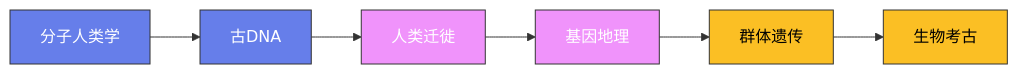
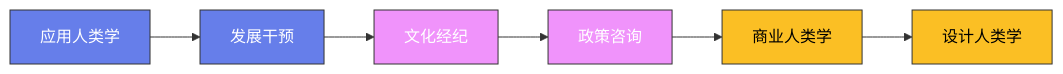
The diagram in content/posts/ModelCreate/人类学/18-人类学方法论.md (Fengur/Fengur.github.io), drawn with Mermaid before and after one commit. The commit also changed other lines of this file and 118 other files, not shown here.

````diff
--- a/content/posts/ModelCreate/人类学/18-人类学方法论.md
+++ b/content/posts/ModelCreate/人类学/18-人类学方法论.md
@@ -21,16 +20,16 @@
 ```mermaid
 graph LR
-    A["分子人类学"] --> B["古DNA"]
-    B --> C["人类迁徙"]
-    C --> D["基因地理"]
-    D --> E["群体遗传"]
-    E --> F["生物考古"]
+    A["应用人类学"] --> B["发展干预"]
+    B --> C["文化经纪"]
+    C --> D["政策咨询"]
+    D --> E["商业人类学"]
+    E --> F["设计人类学"]
 
     classDef early fill:#667eea,stroke:#333,color:white
     classDef mid fill:#f093fb,stroke:#333,color:white
     classDef modern fill:#fbbf24,stroke:#333,color:black
 
     class A,B early
     class C,D mid
     class E,F modern
 ```
````
